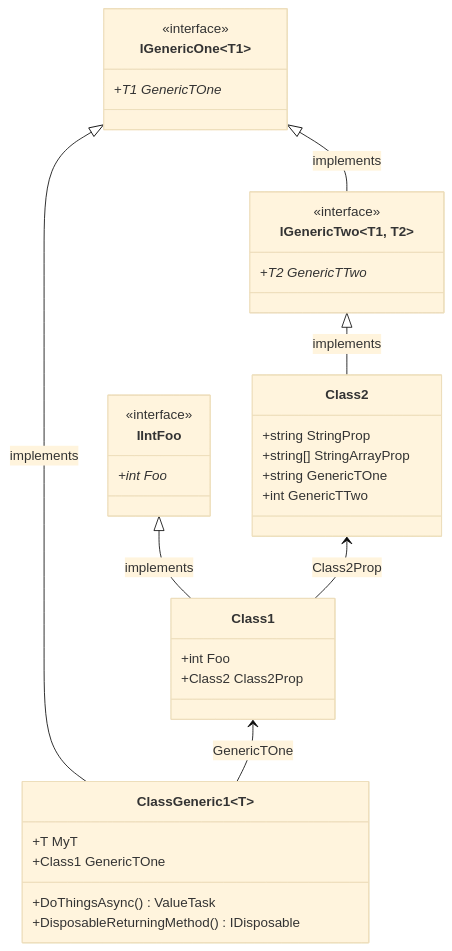
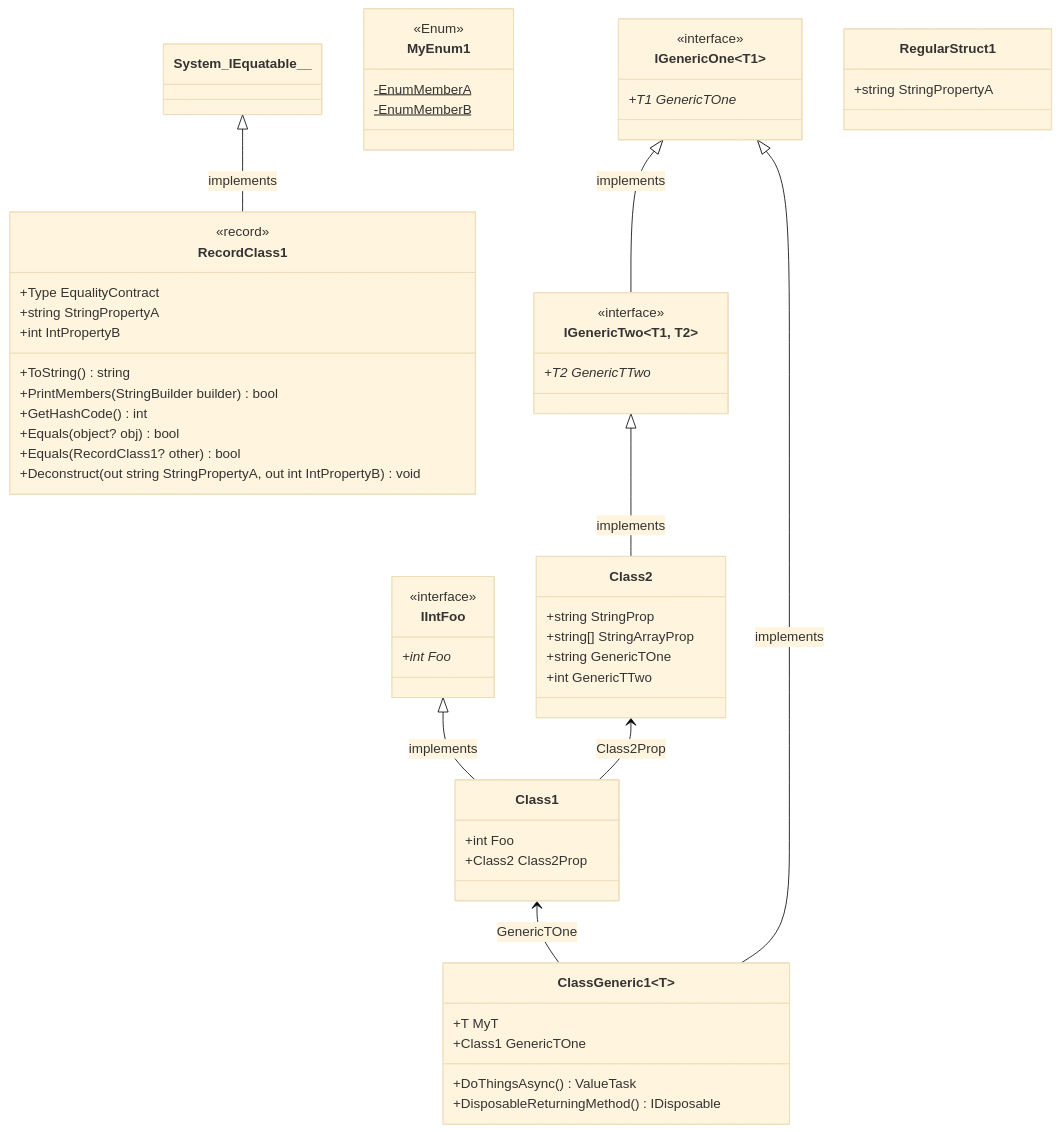
The tenth of 10 diagrams in test/SampleProject/CODE_METRICS.md (erichiller/gh-action-cs-metrics), drawn with Mermaid (base theme) before and after one commit. The commit also changed other lines of this file and 3 other files, not shown here.

````diff
--- a/test/SampleProject/CODE_METRICS.md
+++ b/test/SampleProject/CODE_METRICS.md
@@ -323,47 +455,71 @@
 ```mermaid
 %%{init: {
     'fontFamily': 'monospace'
 } }%%
 classDiagram
 SomeRoot_SampleProject_IIntFoo <|-- SomeRoot_SampleProject_Class1 : implements
 SomeRoot_SampleProject_Class2 <-- SomeRoot_SampleProject_Class1 : Class2Prop
 class SomeRoot_SampleProject_Class1 ["Class1"] {
     +int Foo
     +Class2 Class2Prop
 }
 
 SomeRoot_SampleProject_IGenericTwo_T1_T2_ <|-- SomeRoot_SampleProject_Class2 : implements
 class SomeRoot_SampleProject_Class2 ["Class2"] {
     +string StringProp
     +string[] StringArrayProp
     +string GenericTOne
     +int GenericTTwo
 }
 
 SomeRoot_SampleProject_IGenericOne_T1_ <|-- SomeRoot_SampleProject_ClassGeneric1_T_ : implements
 SomeRoot_SampleProject_Class1 <-- SomeRoot_SampleProject_ClassGeneric1_T_ : GenericTOne
 class SomeRoot_SampleProject_ClassGeneric1_T_ ["ClassGeneric1&lt;T&gt;"] {
     +T MyT
     +Class1 GenericTOne
     +DoThingsAsync() ValueTask
     +DisposableReturningMethod() IDisposable
 }
 
 class SomeRoot_SampleProject_IGenericOne_T1_ ["IGenericOne&lt;T1&gt;"] {
     <<interface>>
     +T1 GenericTOne*
 }
 
 SomeRoot_SampleProject_IGenericOne_T1_ <|-- SomeRoot_SampleProject_IGenericTwo_T1_T2_ : implements
 class SomeRoot_SampleProject_IGenericTwo_T1_T2_ ["IGenericTwo&lt;T1, T2&gt;"] {
     <<interface>>
     +T2 GenericTTwo*
 }
 
 class SomeRoot_SampleProject_IIntFoo ["IIntFoo"] {
     <<interface>>
     +int Foo*
 }
 
+class SomeRoot_SampleProject_MyEnum1 ["MyEnum1"] {
+    <<Enum>>
+    -EnumMemberA$
+    -EnumMemberB$
+}
+
+System_IEquatable__ <|-- SomeRoot_SampleProject_RecordClass1 : implements
+class SomeRoot_SampleProject_RecordClass1 ["RecordClass1"] {
+    <<record>>
+    +Type EqualityContract
+    +string StringPropertyA
+    +int IntPropertyB
+    +ToString() string
+    +PrintMembers(StringBuilder builder) bool
+    +GetHashCode() int
+    +Equals(object? obj) bool
+    +Equals(RecordClass1? other) bool
+    +Deconstruct(out string StringPropertyA, out int IntPropertyB) void
+}
+
+class SomeRoot_SampleProject_RegularStruct1 ["RegularStruct1"] {
+    +string StringPropertyA
+}
+
 
 ```
````
